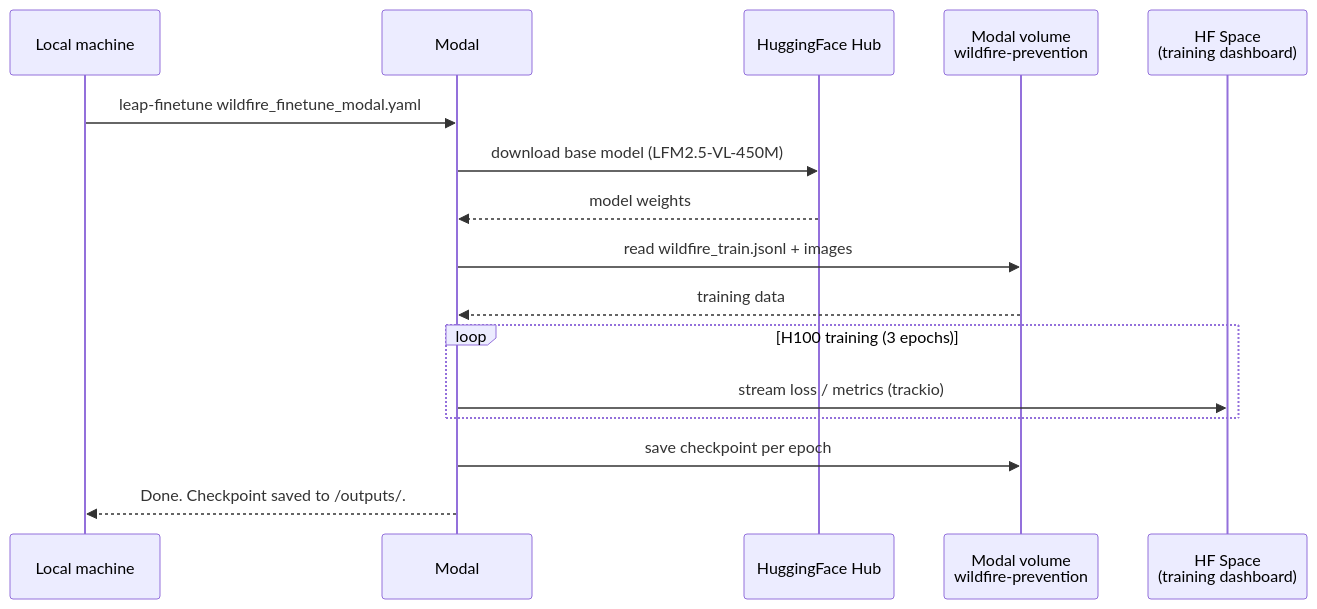
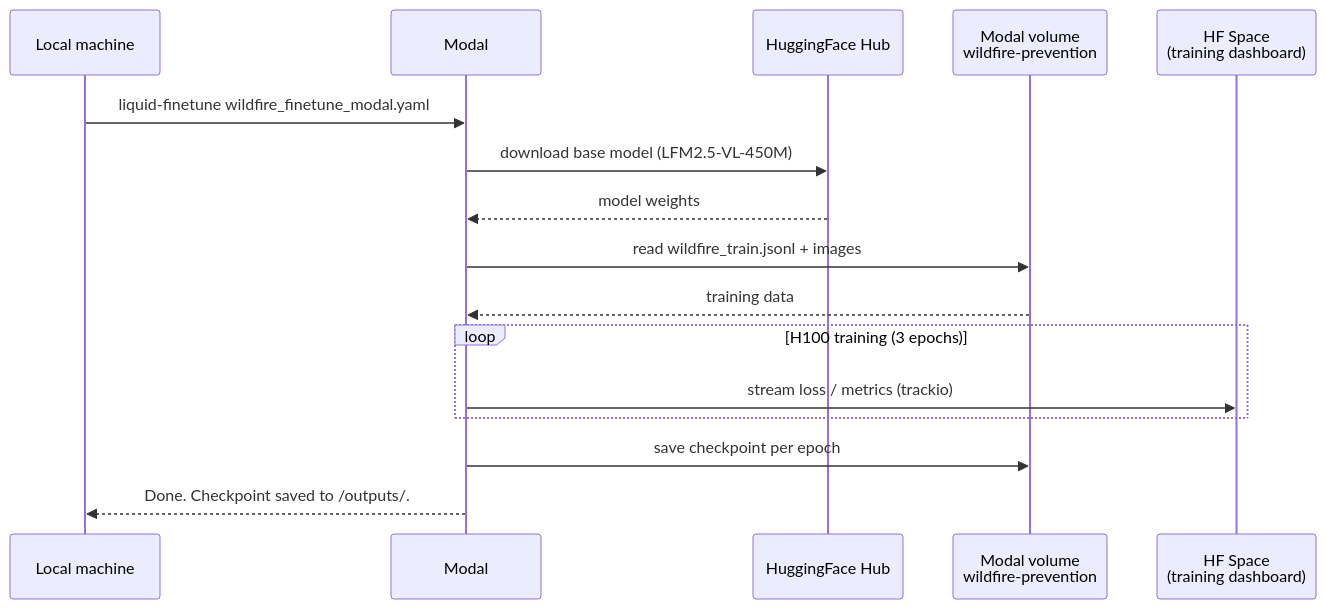
The fifth of 5 diagrams in examples/customize-models/wildfire-prevention.mdx (Liquid4All/docs), drawn with Mermaid before and after one commit. The commit also changed other lines of this file and 18 other files, not shown here.

````diff
--- a/examples/customize-models/wildfire-prevention.mdx
+++ b/examples/customize-models/wildfire-prevention.mdx
@@ -436,19 +436,19 @@
 ```mermaid
 sequenceDiagram
     participant User as Local machine
     participant Modal
     participant HF as HuggingFace Hub
     participant Vol as Modal volume<br/>wildfire-prevention
     participant Space as HF Space<br/>(training dashboard)
 
-    User->>Modal: leap-finetune wildfire_finetune_modal.yaml
+    User->>Modal: liquid-finetune wildfire_finetune_modal.yaml
     Modal->>HF: download base model (LFM2.5-VL-450M)
     HF-->>Modal: model weights
     Modal->>Vol: read wildfire_train.jsonl + images
     Vol-->>Modal: training data
     loop H100 training (3 epochs)
         Modal->>Space: stream loss / metrics (trackio)
     end
     Modal->>Vol: save checkpoint per epoch
     Modal-->>User: Done. Checkpoint saved to /outputs/.
 ```
````
